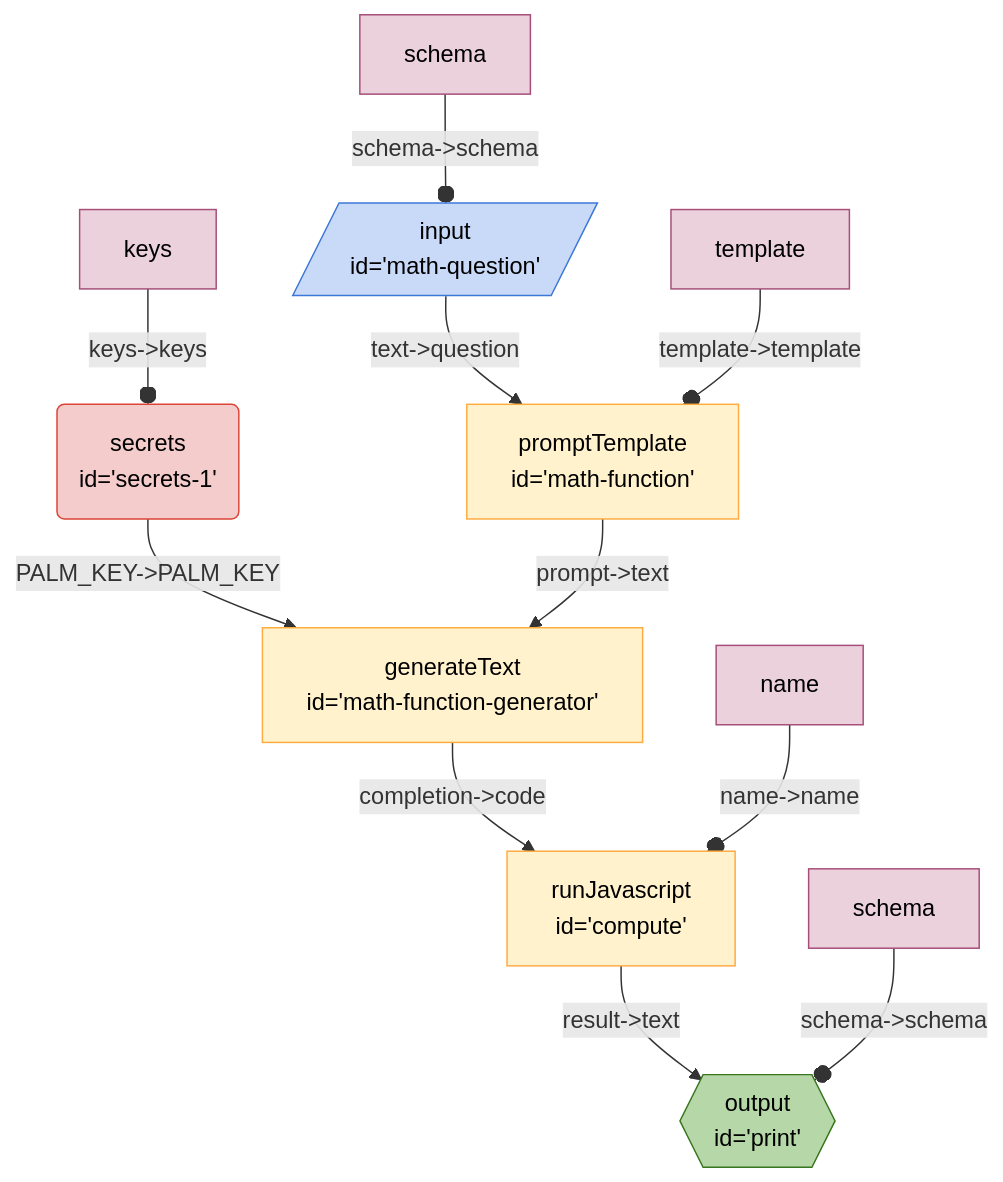
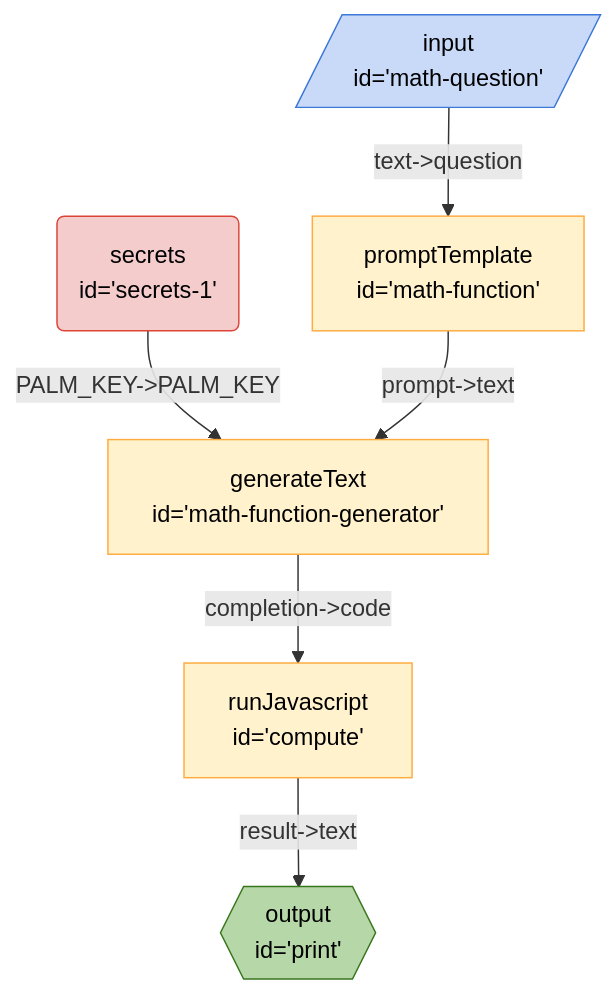
The diagram in seeds/graph-playground/docs/graphs/math.md (breadboard-ai/breadboard), drawn with Mermaid before and after one commit. The commit also changed 30 other files, not shown here.

````diff
--- a/seeds/graph-playground/docs/graphs/math.md
+++ b/seeds/graph-playground/docs/graphs/math.md
@@ -5,22 +5,17 @@
   ```mermaid
   %%{init: 'themeVariables': { 'fontFamily': 'Fira Code, monospace' }}%%
 graph TD;
 compute["runJavascript <br> id='compute'"] -- "result->text" --> print{{"output <br> id='print'"}}:::output
 mathfunctiongenerator["generateText <br> id='math-function-generator'"] -- "completion->code" --> compute["runJavascript <br> id='compute'"]
 secrets1("secrets <br> id='secrets-1'"):::secrets -- "PALM_KEY->PALM_KEY" --> mathfunctiongenerator["generateText <br> id='math-function-generator'"]
 mathfunction["promptTemplate <br> id='math-function'"] -- "prompt->text" --> mathfunctiongenerator["generateText <br> id='math-function-generator'"]
 mathquestion[/"input <br> id='math-question'"/]:::input -- "text->question" --> mathfunction["promptTemplate <br> id='math-function'"]
-schemamathquestion[schema]:::config -- "schema->schema" --o mathquestion
-templatemathfunction[template]:::config -- "template->template" --o mathfunction
-namecompute[name]:::config -- "name->name" --o compute
-schemaprint[schema]:::config -- "schema->schema" --o print
-keyssecrets1[keys]:::config -- "keys->keys" --o secrets1
 classDef default stroke:#ffab40,fill:#fff2ccff,color:#000
 classDef input stroke:#3c78d8,fill:#c9daf8ff,color:#000
 classDef output stroke:#38761d,fill:#b6d7a8ff,color:#000
 classDef passthrough stroke:#a64d79,fill:#ead1dcff,color:#000
 classDef slot stroke:#a64d79,fill:#ead1dcff,color:#000
 classDef config stroke:#a64d79,fill:#ead1dcff,color:#000
 classDef secrets stroke:#db4437,fill:#f4cccc,color:#000
 classDef slotted stroke:#a64d79
   ```
````
